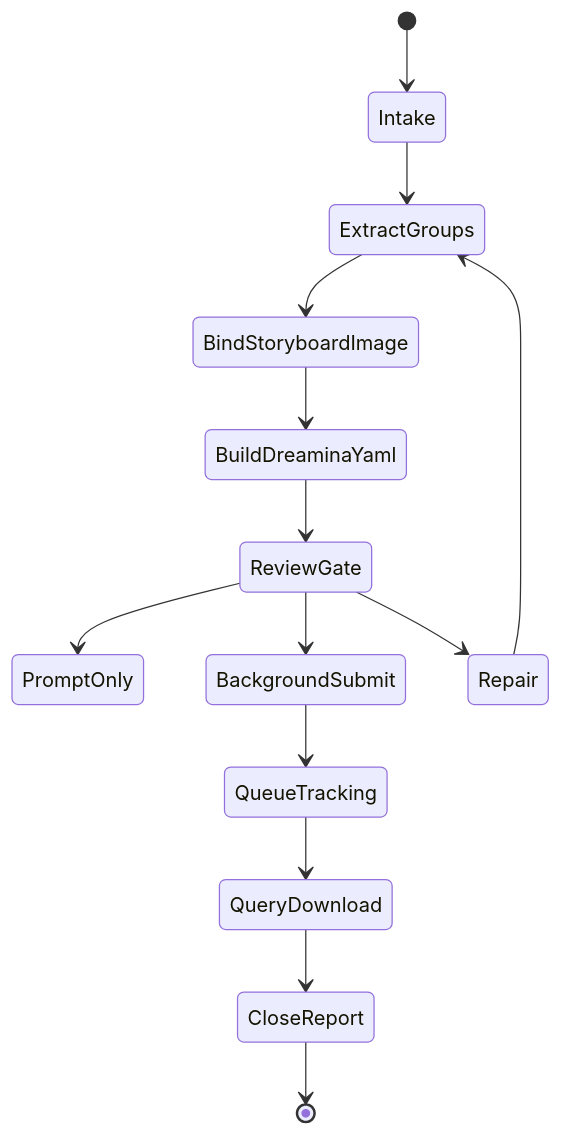
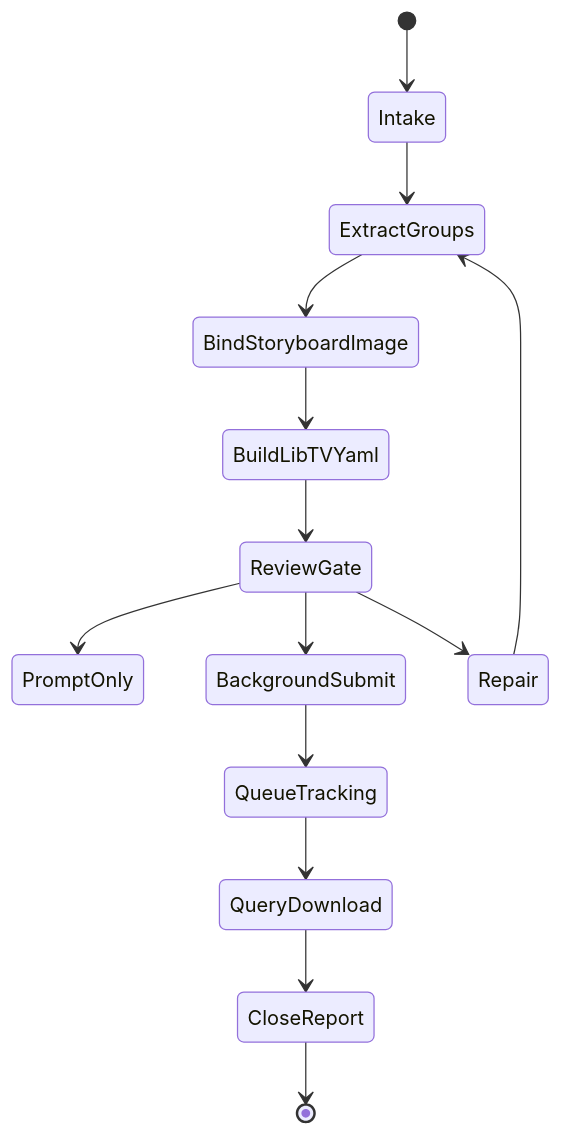
One commit to ZEN-VOID/AI-CUT changed the third of 3 diagrams in .agents/skills/aigc/7-视频/B-分镜故事板参照/SKILL.md. Above: the diagram before and after it, drawn with Mermaid. The commit also changed other lines of this file and 173 other files, not shown here.

````diff
--- a/.agents/skills/aigc/7-视频/B-分镜故事板参照/SKILL.md
+++ b/.agents/skills/aigc/7-视频/B-分镜故事板参照/SKILL.md
@@ -123,16 +135,16 @@
 ```mermaid
 stateDiagram-v2
     [*] --> Intake
     Intake --> ExtractGroups
     ExtractGroups --> BindStoryboardImage
-    BindStoryboardImage --> BuildDreaminaYaml
-    BuildDreaminaYaml --> ReviewGate
+    BindStoryboardImage --> BuildLibTVYaml
+    BuildLibTVYaml --> ReviewGate
     ReviewGate --> PromptOnly
     ReviewGate --> BackgroundSubmit
     BackgroundSubmit --> QueueTracking
     QueueTracking --> QueryDownload
     QueryDownload --> CloseReport
     ReviewGate --> Repair
     Repair --> ExtractGroups
     CloseReport --> [*]
 ```
````
